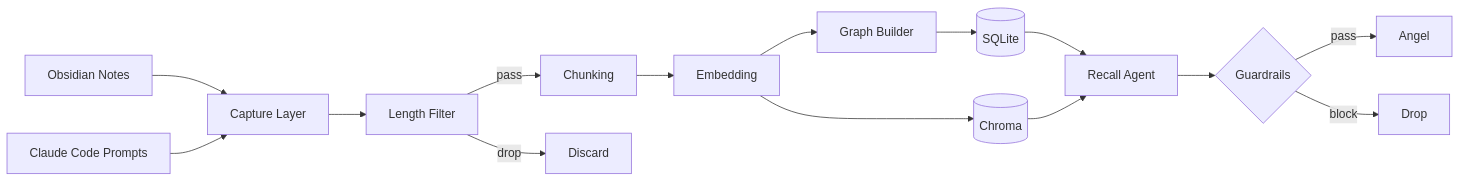
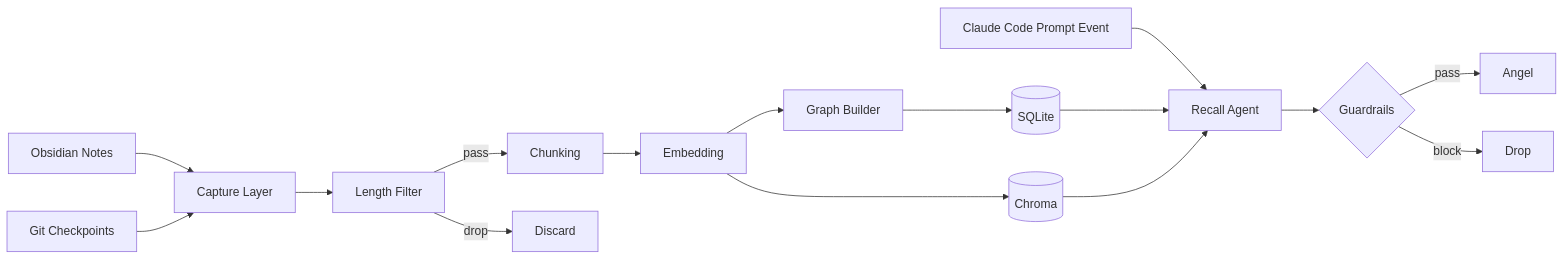
The diagram in docs/architecture.md (Starlight258/Guardian), drawn with Mermaid before and after one commit. The commit also changed other lines of this file and 2 other files, not shown here.

Commit message:
docs: update README and architecture to include Git checkpoint and prompt event details

````diff
--- a/docs/architecture.md
+++ b/docs/architecture.md
@@ -15,25 +15,26 @@
 ```mermaid
 flowchart LR
     A[Obsidian Notes] --> C[Capture Layer]
-    B[Claude Code Prompts] --> C
+    B[Git Checkpoints] --> C
 
     C --> LF[Length Filter]
 
     LF -->|pass| D[Chunking]
     LF -->|drop| X[Discard]
 
     D --> E[Embedding]
 
     E --> F[Graph Builder]
 
     F --> G[(SQLite)]
     E --> H[(Chroma)]
 
-    G --> RC[Recall Agent]
+    P[Claude Code Prompt Event] --> RC[Recall Agent]
+    G --> RC
     H --> RC
 
     RC --> GR{Guardrails}
 
     GR -->|pass| J[Angel]
     GR -->|block| Y[Drop]
 ```
````
